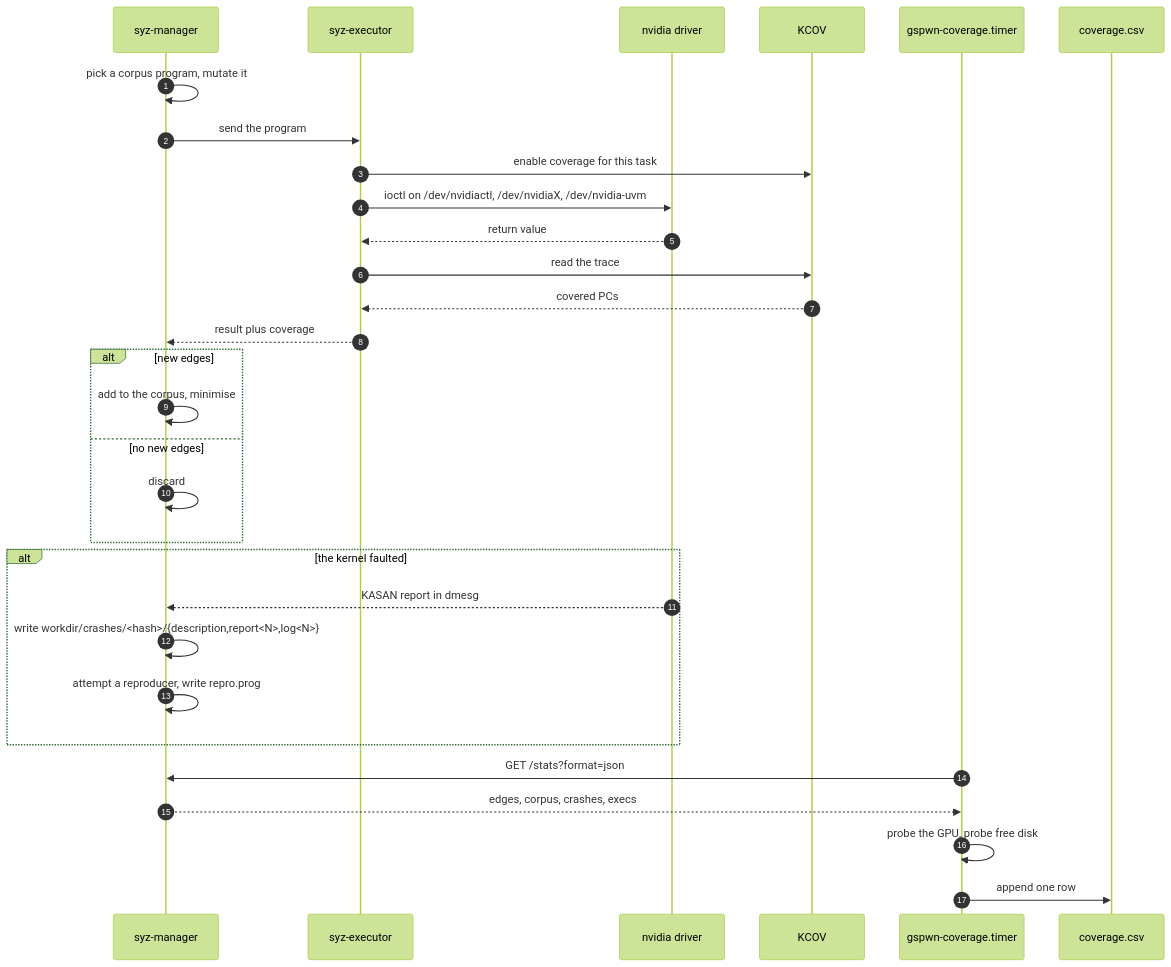
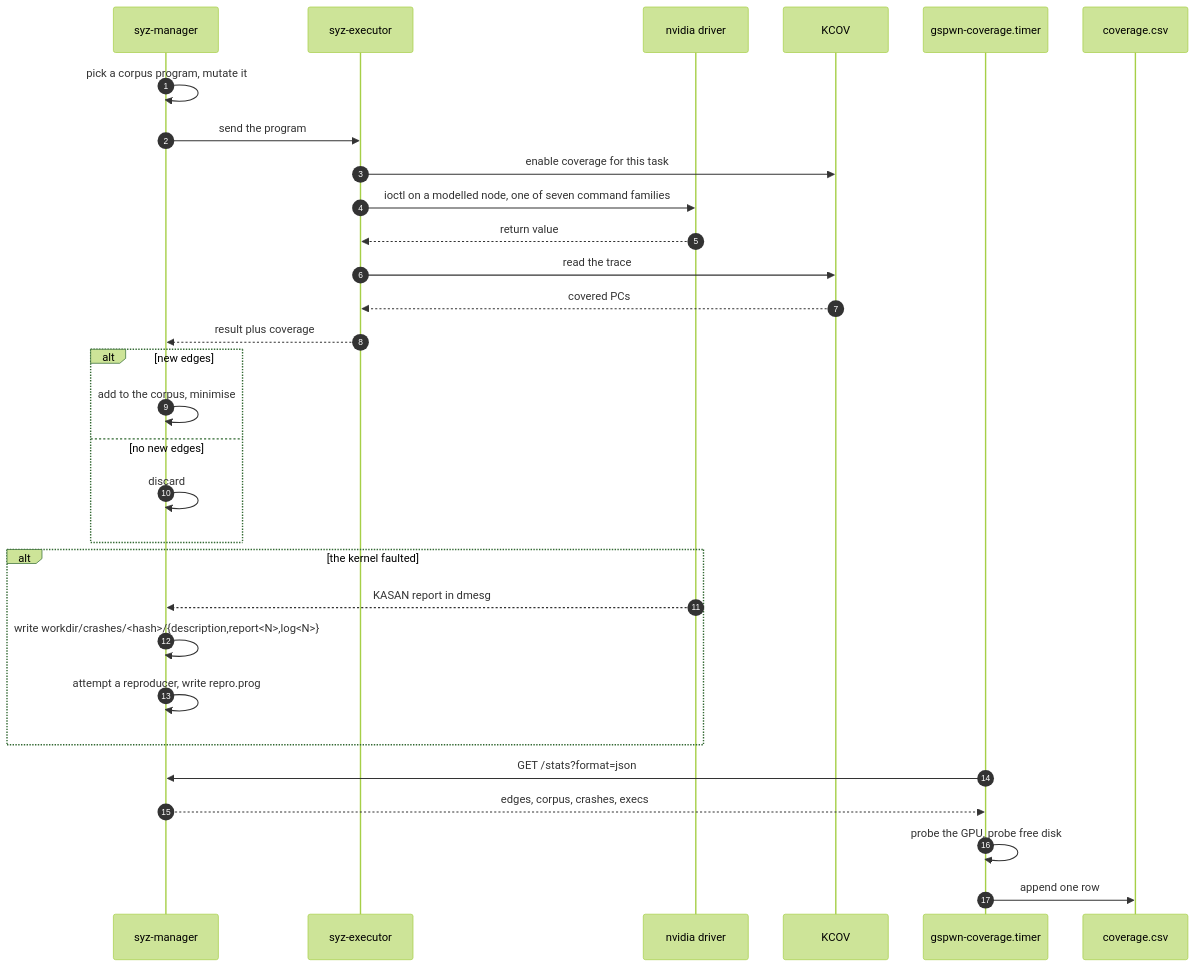
Before and after one commit to Indspl0it/gspwn: the second of 2 diagrams in docs/src/content/docs/architecture/execution-model.md, drawn with Mermaid (forest theme). The commit also changed other lines of this file and 129 other files, not shown here.

````diff
--- a/docs/src/content/docs/architecture/execution-model.md
+++ b/docs/src/content/docs/architecture/execution-model.md
@@ -106,33 +116,33 @@
 ```mermaid
 sequenceDiagram
   autonumber
   participant M as syz-manager
   participant E as syz-executor
   participant D as nvidia driver
   participant KC as KCOV
   participant S as gspwn-coverage.timer
   participant C as coverage.csv
 
   M->>M: pick a corpus program, mutate it
   M->>E: send the program
   E->>KC: enable coverage for this task
-  E->>D: ioctl on /dev/nvidiactl, /dev/nvidiaX, /dev/nvidia-uvm
+  E->>D: ioctl on a modelled node, one of seven command families
   D-->>E: return value
   E->>KC: read the trace
   KC-->>E: covered PCs
   E-->>M: result plus coverage
   alt new edges
     M->>M: add to the corpus, minimise
   else no new edges
     M->>M: discard
   end
   alt the kernel faulted
     D-->>M: KASAN report in dmesg
     M->>M: write workdir/crashes/<hash>/{description,report<N>,log<N>}
     M->>M: attempt a reproducer, write repro.prog
   end
   S->>M: GET /stats?format=json
   M-->>S: edges, corpus, crashes, execs
   S->>S: probe the GPU, probe free disk
   S->>C: append one row
 ```
````
